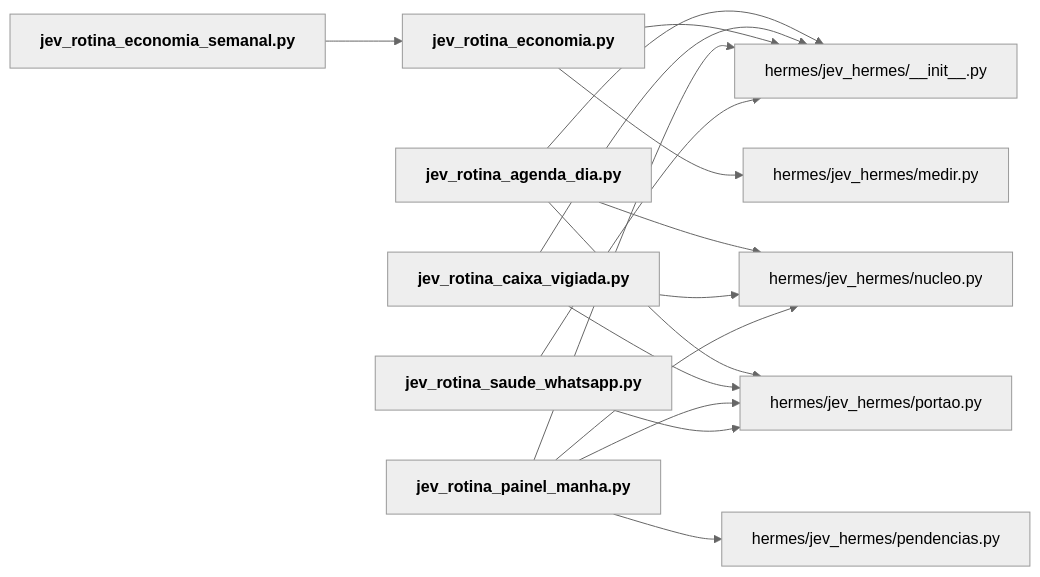
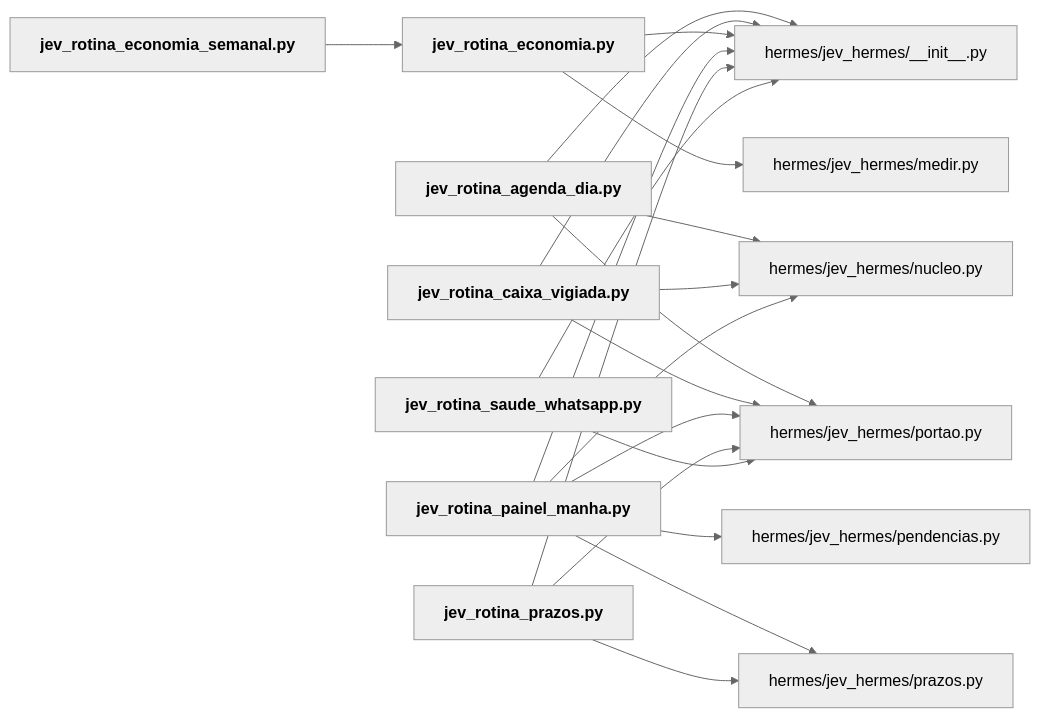
Before and after one commit to igormorais123/JEV: the diagram in mapa/pastas/hermes__rotinas.md, drawn with Mermaid (neutral theme). The commit also changed other lines of this file and 47 other files, not shown here.

````diff
--- a/mapa/pastas/hermes__rotinas.md
+++ b/mapa/pastas/hermes__rotinas.md
@@ -22,29 +24,35 @@
 ```mermaid
 flowchart LR
   n_hermes_jev_hermes___init___py["hermes/jev_hermes/__init__.py"]
   n_hermes_jev_hermes_medir_py["hermes/jev_hermes/medir.py"]
   n_hermes_jev_hermes_nucleo_py["hermes/jev_hermes/nucleo.py"]
   n_hermes_jev_hermes_pendencias_py["hermes/jev_hermes/pendencias.py"]
   n_hermes_jev_hermes_portao_py["hermes/jev_hermes/portao.py"]
+  n_hermes_jev_hermes_prazos_py["hermes/jev_hermes/prazos.py"]
   n_hermes_rotinas_jev_rotina_agenda_dia_py["<b>jev_rotina_agenda_dia.py</b>"]
   n_hermes_rotinas_jev_rotina_caixa_vigiada_py["<b>jev_rotina_caixa_vigiada.py</b>"]
   n_hermes_rotinas_jev_rotina_economia_py["<b>jev_rotina_economia.py</b>"]
   n_hermes_rotinas_jev_rotina_economia_semanal_py["<b>jev_rotina_economia_semanal.py</b>"]
   n_hermes_rotinas_jev_rotina_painel_manha_py["<b>jev_rotina_painel_manha.py</b>"]
+  n_hermes_rotinas_jev_rotina_prazos_py["<b>jev_rotina_prazos.py</b>"]
   n_hermes_rotinas_jev_rotina_saude_whatsapp_py["<b>jev_rotina_saude_whatsapp.py</b>"]
   n_hermes_rotinas_jev_rotina_agenda_dia_py --> n_hermes_jev_hermes___init___py
   n_hermes_rotinas_jev_rotina_agenda_dia_py --> n_hermes_jev_hermes_nucleo_py
   n_hermes_rotinas_jev_rotina_agenda_dia_py --> n_hermes_jev_hermes_portao_py
   n_hermes_rotinas_jev_rotina_caixa_vigiada_py --> n_hermes_jev_hermes___init___py
   n_hermes_rotinas_jev_rotina_caixa_vigiada_py --> n_hermes_jev_hermes_nucleo_py
   n_hermes_rotinas_jev_rotina_caixa_vigiada_py --> n_hermes_jev_hermes_portao_py
   n_hermes_rotinas_jev_rotina_economia_py --> n_hermes_jev_hermes___init___py
   n_hermes_rotinas_jev_rotina_economia_py --> n_hermes_jev_hermes_medir_py
   n_hermes_rotinas_jev_rotina_economia_semanal_py --> n_hermes_rotinas_jev_rotina_economia_py
   n_hermes_rotinas_jev_rotina_painel_manha_py --> n_hermes_jev_hermes___init___py
   n_hermes_rotinas_jev_rotina_painel_manha_py --> n_hermes_jev_hermes_nucleo_py
   n_hermes_rotinas_jev_rotina_painel_manha_py --> n_hermes_jev_hermes_pendencias_py
   n_hermes_rotinas_jev_rotina_painel_manha_py --> n_hermes_jev_hermes_portao_py
+  n_hermes_rotinas_jev_rotina_painel_manha_py --> n_hermes_jev_hermes_prazos_py
+  n_hermes_rotinas_jev_rotina_prazos_py --> n_hermes_jev_hermes___init___py
+  n_hermes_rotinas_jev_rotina_prazos_py --> n_hermes_jev_hermes_portao_py
+  n_hermes_rotinas_jev_rotina_prazos_py --> n_hermes_jev_hermes_prazos_py
   n_hermes_rotinas_jev_rotina_saude_whatsapp_py --> n_hermes_jev_hermes___init___py
   n_hermes_rotinas_jev_rotina_saude_whatsapp_py --> n_hermes_jev_hermes_portao_py
 ```
````
